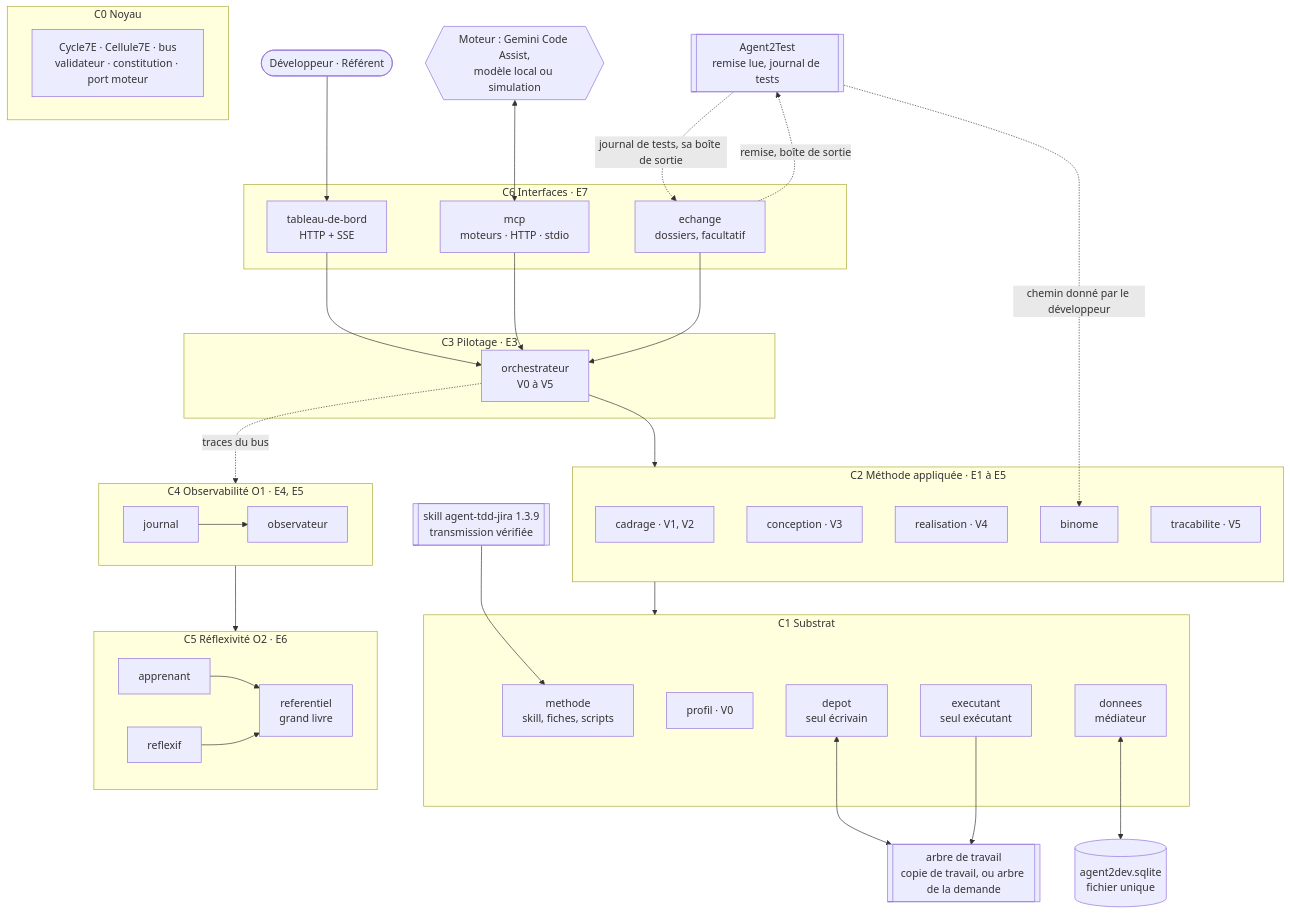
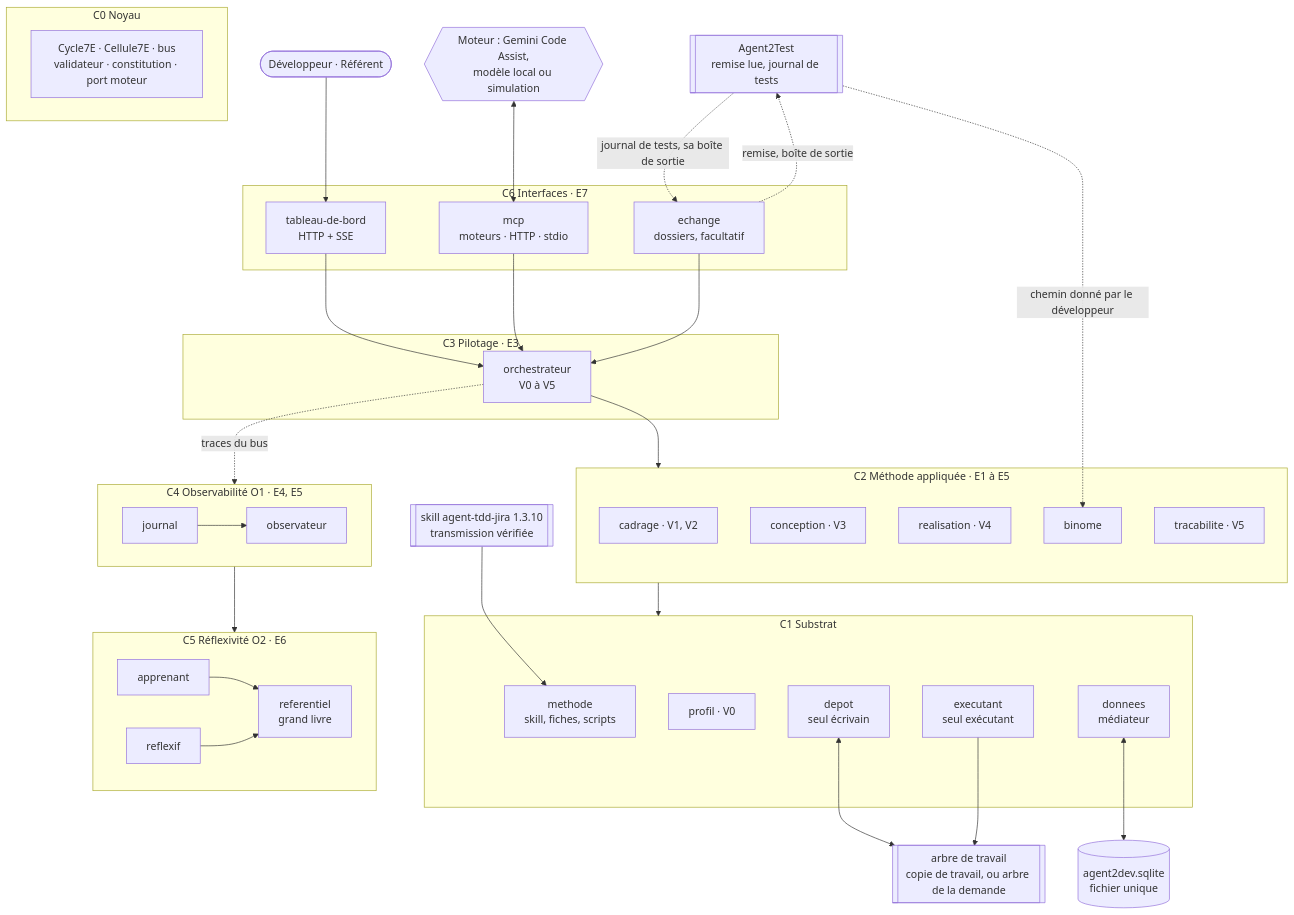
The diagram in specs/agent2dev/SKILL.md (FredGarcia/Agent2Prompt), drawn with Mermaid before and after one commit. The commit also changed other lines of this file and 92 other files, not shown here.

````diff
--- a/specs/agent2dev/SKILL.md
+++ b/specs/agent2dev/SKILL.md
@@ -73,57 +73,57 @@
 ```mermaid
 flowchart TB
   DEV(["Développeur · Référent"])
   GEM{{"Moteur : Gemini Code Assist,<br/>modèle local ou simulation"}}
-  SK[["skill agent-tdd-jira 1.3.9<br/>transmission vérifiée"]]
+  SK[["skill agent-tdd-jira 1.3.10<br/>transmission vérifiée"]]
   A2T[["Agent2Test<br/>remise lue, journal de tests"]]
   subgraph C6["C6 Interfaces · E7"]
     TDB["tableau-de-bord<br/>HTTP + SSE"]
     MCP["mcp<br/>moteurs · HTTP · stdio"]
     ECH["echange<br/>dossiers, facultatif"]
   end
   subgraph C3["C3 Pilotage · E3"]
     ORC["orchestrateur<br/>V0 à V5"]
   end
   subgraph C2["C2 Méthode appliquée · E1 à E5"]
     CAD["cadrage · V1, V2"]
     CON["conception · V3"]
     REA["realisation · V4"]
     BIN["binome"]
     TRA["tracabilite · V5"]
   end
   subgraph C1["C1 Substrat"]
     MET["methode<br/>skill, fiches, scripts"]
     PRO["profil · V0"]
     DEP["depot<br/>seul écrivain"]
     EXE["executant<br/>seul exécutant"]
     DON["donnees<br/>médiateur"]
   end
   subgraph C0["C0 Noyau"]
     K["Cycle7E · Cellule7E · bus<br/>validateur · constitution · port moteur"]
   end
   subgraph C4["C4 Observabilité O1 · E4, E5"]
     JRN["journal"] --> OBS["observateur"]
   end
   subgraph C5["C5 Réflexivité O2 · E6"]
     APP["apprenant"] --> REF["referentiel<br/>grand livre"]
     RFX["reflexif"] --> REF
   end
   PROJ[["arbre de travail<br/>copie de travail, ou arbre de la demande"]]
   BDD[("agent2dev.sqlite<br/>fichier unique")]
   DEV --> TDB
   GEM <--> MCP
   TDB --> ORC
   MCP --> ORC
   ECH --> ORC
   ORC --> C2
   C2 --> C1
   SK --> MET
   A2T -.->|"chemin donné par le développeur"| BIN
   ECH -.->|"remise, boîte de sortie"| A2T
   A2T -.->|"journal de tests, sa boîte de sortie"| ECH
   DEP <--> PROJ
   EXE --> PROJ
   DON <--> BDD
   ORC -.->|"traces du bus"| C4
   C4 --> C5
 ```
````
